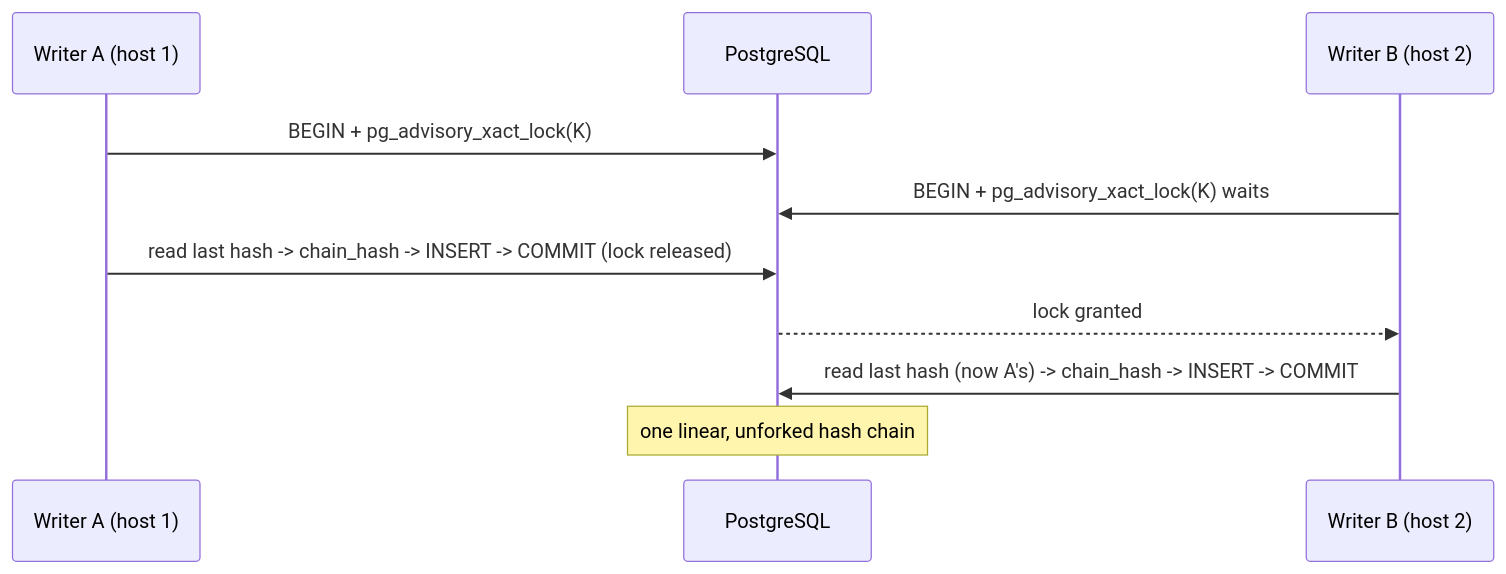
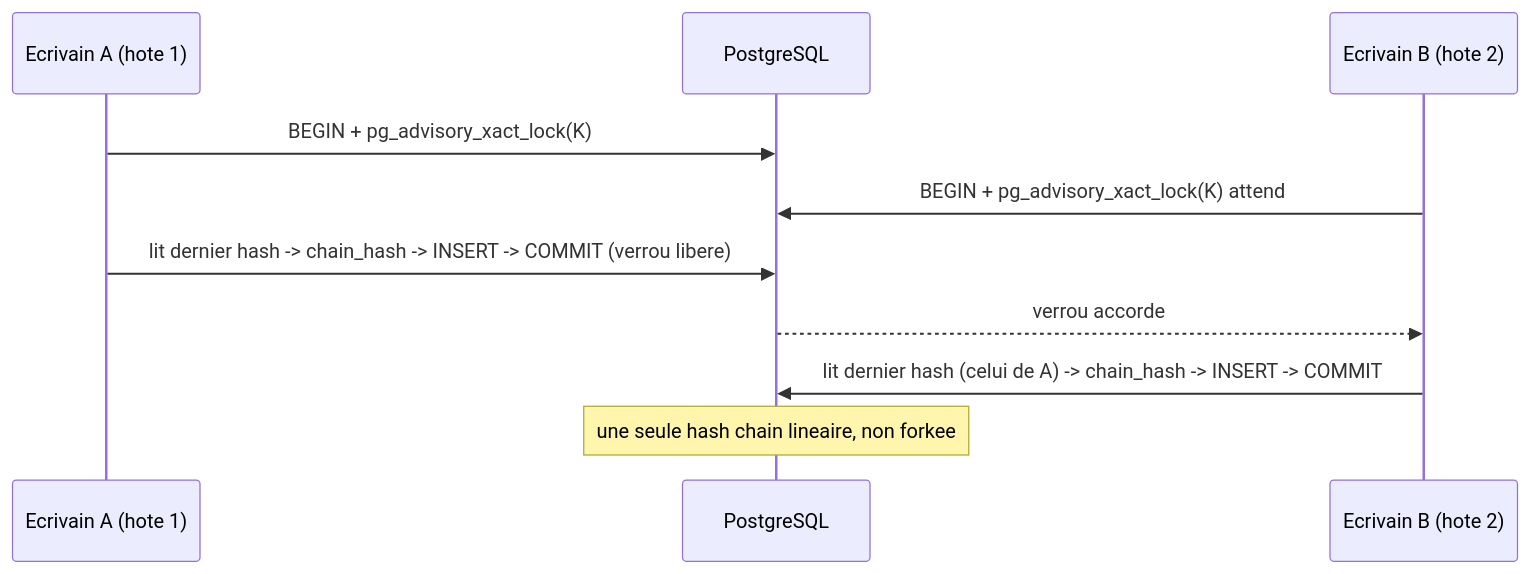
One commit to mo0ogly/recette_IA_agents changed the second of 2 diagrams in docs/runbooks/event-store-postgres.md. Above: the diagram before and after it, drawn with Mermaid. The commit also changed other lines of this file and 25 other files, not shown here.

````diff
--- a/docs/runbooks/event-store-postgres.md
+++ b/docs/runbooks/event-store-postgres.md
@@ -49,12 +50,12 @@
 ```mermaid
 sequenceDiagram
-  participant A as Writer A (host 1)
+  participant A as Ecrivain A (hote 1)
   participant DB as PostgreSQL
-  participant B as Writer B (host 2)
+  participant B as Ecrivain B (hote 2)
   A->>DB: BEGIN + pg_advisory_xact_lock(K)
-  B->>DB: BEGIN + pg_advisory_xact_lock(K) waits
-  A->>DB: read last hash -> chain_hash -> INSERT -> COMMIT (lock released)
-  DB-->>B: lock granted
-  B->>DB: read last hash (now A's) -> chain_hash -> INSERT -> COMMIT
-  Note over DB: one linear, unforked hash chain
+  B->>DB: BEGIN + pg_advisory_xact_lock(K) attend
+  A->>DB: lit dernier hash -> chain_hash -> INSERT -> COMMIT (verrou libere)
+  DB-->>B: verrou accorde
+  B->>DB: lit dernier hash (celui de A) -> chain_hash -> INSERT -> COMMIT
+  Note over DB: une seule hash chain lineaire, non forkee
 ```
````
